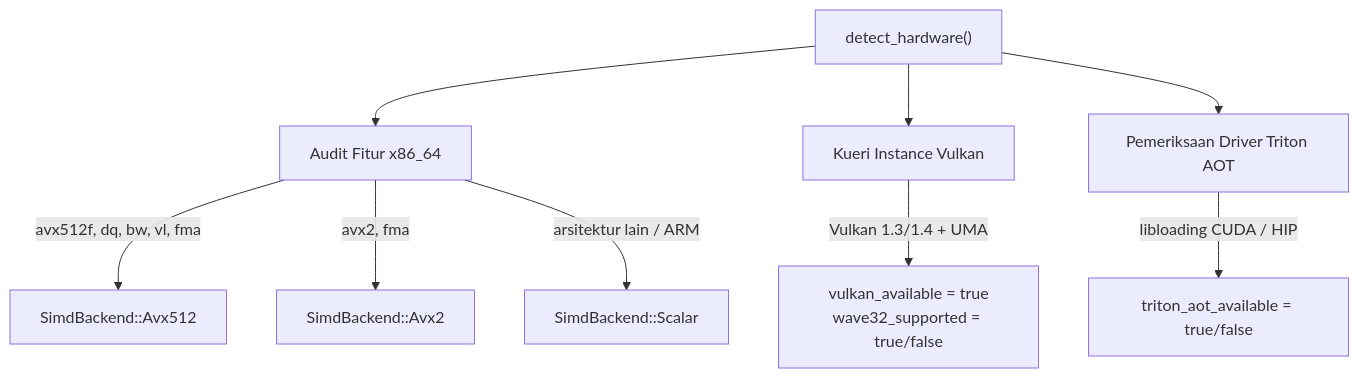
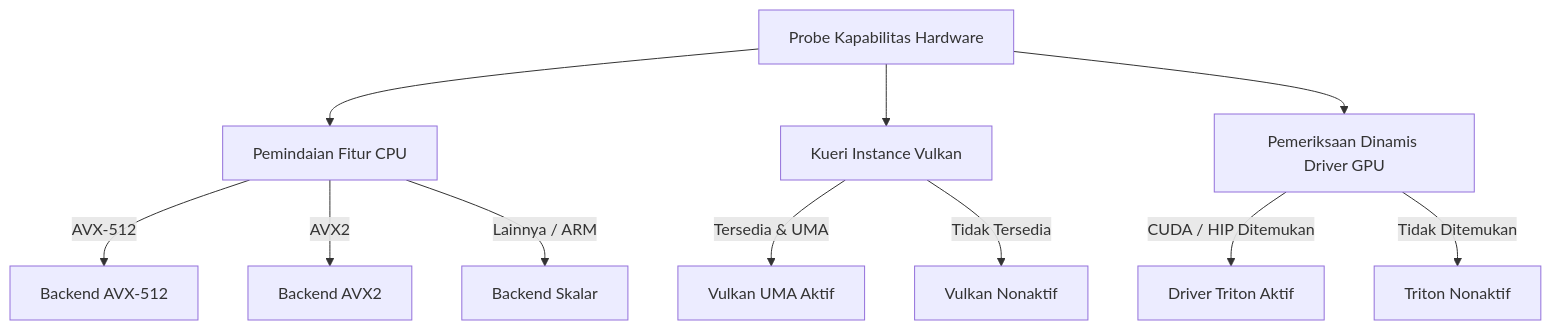
Before and after one commit to cloverx-id/luminamoon: the first of 2 diagrams in docs/optimize/dispatch/README.id.md, drawn with Mermaid. The commit also changed other lines of this file and 33 other files, not shown here.

Commit message:
change diagram style

````diff
--- a/docs/optimize/dispatch/README.id.md
+++ b/docs/optimize/dispatch/README.id.md
@@ -13,13 +13,16 @@
 ```mermaid
 flowchart TD
-    Detect["detect_hardware()"] --> CPU["Audit Fitur x86_64"]
-    Detect --> VK["Kueri Instance Vulkan"]
-    Detect --> TR["Pemeriksaan Driver Triton AOT"]
+    Detect["Probe Kapabilitas Hardware"] --> CPU["Pemindaian Fitur CPU"]
+    Detect --> Vulkan["Kueri Instance Vulkan"]
+    Detect --> Triton["Pemeriksaan Dinamis Driver GPU"]
 
-    CPU -->|"avx512f, dq, bw, vl, fma"| AVX512["SimdBackend::Avx512"]
-    CPU -->|"avx2, fma"| AVX2["SimdBackend::Avx2"]
-    CPU -->|"arsitektur lain / ARM"| Scalar["SimdBackend::Scalar"]
+    CPU -->|"AVX-512"| AVX512["Backend AVX-512"]
+    CPU -->|"AVX2"| AVX2["Backend AVX2"]
+    CPU -->|"Lainnya / ARM"| Scalar["Backend Skalar"]
 
-    VK -->|"Vulkan 1.3/1.4 + UMA"| VK_OK["vulkan_available = true<br/>wave32_supported = true/false"]
-    TR -->|"libloading CUDA / HIP"| TR_OK["triton_aot_available = true/false"]
+    Vulkan -->|"Tersedia & UMA"| VK_Ready["Vulkan UMA Aktif"]
+    Vulkan -->|"Tidak Tersedia"| VK_Off["Vulkan Nonaktif"]
+
+    Triton -->|"CUDA / HIP Ditemukan"| TR_Ready["Driver Triton Aktif"]
+    Triton -->|"Tidak Ditemukan"| TR_Off["Triton Nonaktif"]
 ```
````
